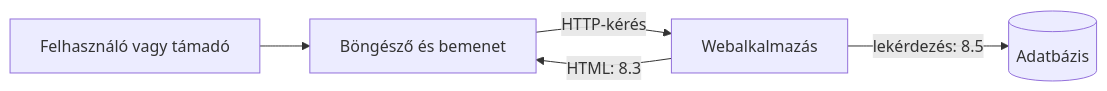
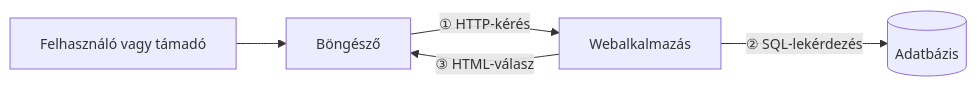
The first of 2 diagrams in courses/web-programming-1/08-webbiztonsagi-alapok/POWER.md (laborci/slides), drawn with Mermaid before and after one commit. The commit also changed other lines of this file, not shown here.

````diff
--- a/courses/web-programming-1/08-webbiztonsagi-alapok/POWER.md
+++ b/courses/web-programming-1/08-webbiztonsagi-alapok/POWER.md
@@ -157,7 +143,8 @@
 ```mermaid
+%%{init: {"themeVariables": {"fontSize": "14px"}}}%%
 flowchart LR
-    U[Felhasználó vagy támadó] --> B[Böngésző és bemenet]
-    B -->|HTTP-kérés| S[Webalkalmazás]
-    S -->|lekérdezés: 8.5| D[(Adatbázis)]
-    S -->|HTML: 8.3| B
+    U[Felhasználó vagy támadó] --> B[Böngésző]
+    B -->|"① HTTP-kérés"| S[Webalkalmazás]
+    S -->|"② SQL-lekérdezés"| D[(Adatbázis)]
+    S -->|"③ HTML-válasz"| B
 ```
````
